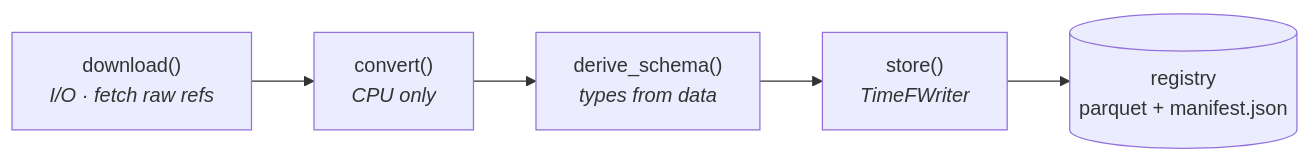
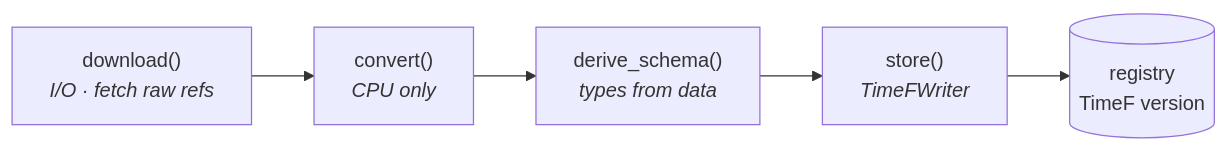
The diagram in docs/data-model/index.md (OpenTSLM/TimeNet), drawn with Mermaid before and after one commit. The commit also changed other lines of this file and 128 other files, not shown here.

````diff
--- a/docs/data-model/index.md
+++ b/docs/data-model/index.md
@@ -32,9 +31,9 @@
 ```mermaid
 flowchart LR
     D["download()<br/><i>I/O · fetch raw refs</i>"]
     C["convert()<br/><i>CPU only</i>"]
     S["derive_schema()<br/><i>types from data</i>"]
     W["store()<br/><i>TimeFWriter</i>"]
-    R[("registry<br/>parquet + manifest.json")]
+    R[("registry<br/>TimeF version")]
     D --> C --> S --> W --> R
 ```
````
